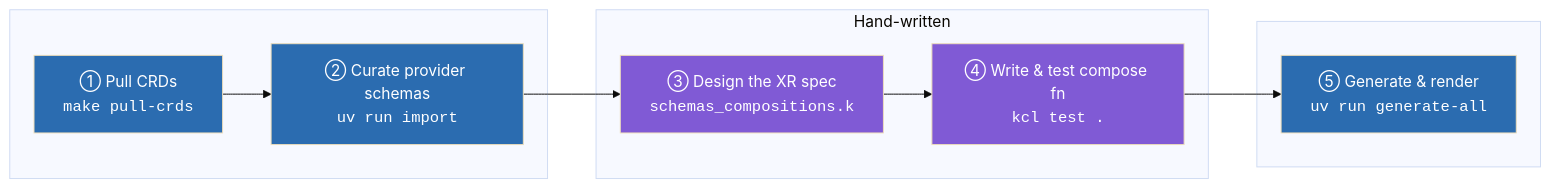
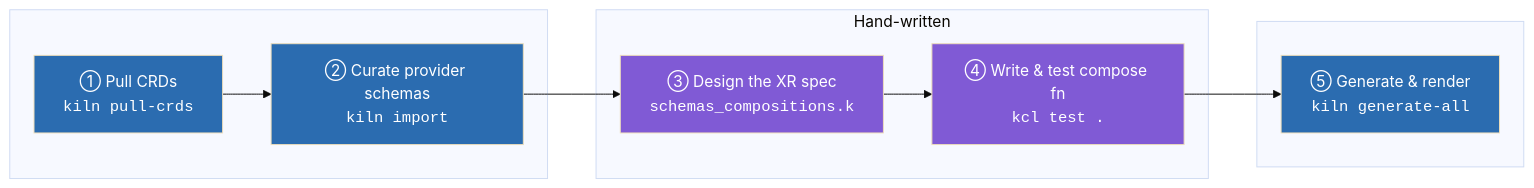
Before and after one commit to leprechaun/kiln: the first of 2 diagrams in README.md, drawn with Mermaid (base theme). The commit also changed other lines of this file and 3 other files, not shown here.

````diff
--- a/README.md
+++ b/README.md
@@ -52,22 +52,22 @@
 ```mermaid
 flowchart LR
     subgraph mech1 [" "]
-        P1["① Pull CRDs<br/><code>make pull-crds</code>"]
-        P2["② Curate provider schemas<br/><code>uv run import</code>"]
+        P1["① Pull CRDs<br/><code>kiln pull-crds</code>"]
+        P2["② Curate provider schemas<br/><code>kiln import</code>"]
     end
     subgraph human ["Hand-written"]
         P3["③ Design the XR spec<br/><code>schemas_compositions.k</code>"]
         P4["④ Write & test compose fn<br/><code>kcl test .</code>"]
     end
     subgraph mech2 [" "]
-        P5["⑤ Generate & render<br/><code>uv run generate-all</code>"]
+        P5["⑤ Generate & render<br/><code>kiln generate-all</code>"]
     end
 
     P1 --> P2 --> P3 --> P4 --> P5
 
     style P1 fill:#2b6cb0,color:#fff
     style P2 fill:#2b6cb0,color:#fff
     style P3 fill:#805ad5,color:#fff
     style P4 fill:#805ad5,color:#fff
     style P5 fill:#2b6cb0,color:#fff
 ```
````
